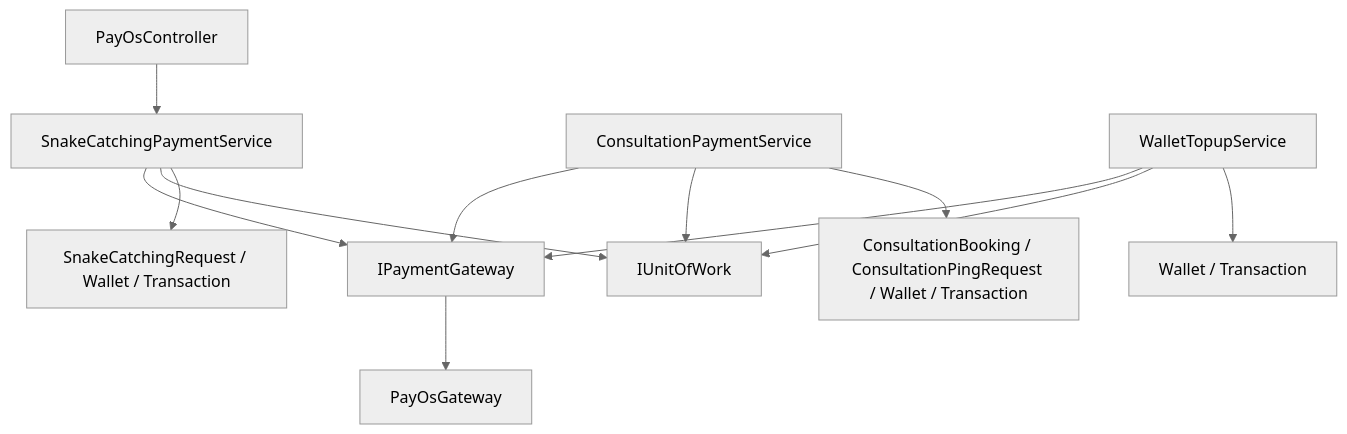
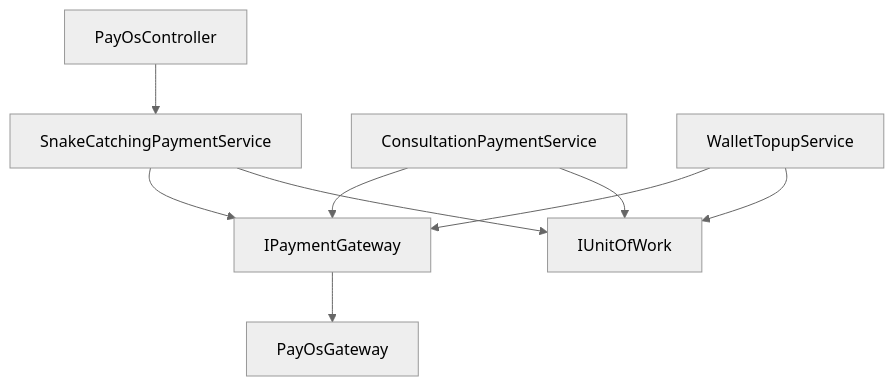
Before and after one commit to Snake-AID/SnakeAid.Docs: the first of 4 diagrams in Docs/05-Backend/02-layers/payos/payos.sourcecode.md, drawn with Mermaid (neutral theme). The commit also changed other lines of this file and 2 other files, not shown here.

Commit message:
docs: update PayOS layer documentation with current architecture and endpoint details

````diff
--- a/Docs/05-Backend/02-layers/payos/payos.sourcecode.md
+++ b/Docs/05-Backend/02-layers/payos/payos.sourcecode.md
@@ -135,14 +64,11 @@
 ```mermaid
 graph TD
     C[PayOsController] --> SCS[SnakeCatchingPaymentService]
     CMS[ConsultationPaymentService] --> GW[IPaymentGateway]
     WTS[WalletTopupService] --> GW
     SCS --> GW
     GW --> POG[PayOsGateway]
     SCS --> UOW[IUnitOfWork]
     CMS --> UOW
     WTS --> UOW
-    SCS --> DOM1[SnakeCatchingRequest / Wallet / Transaction]
-    CMS --> DOM2[ConsultationBooking / ConsultationPingRequest / Wallet / Transaction]
-    WTS --> DOM3[Wallet / Transaction]
 ```
````
